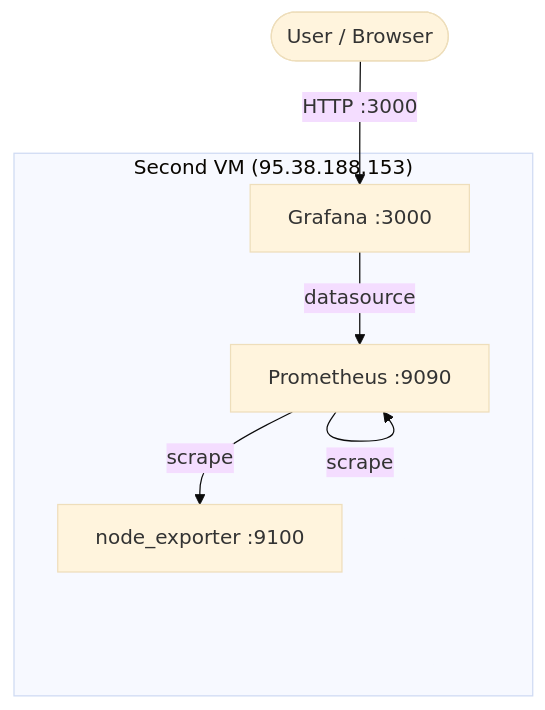
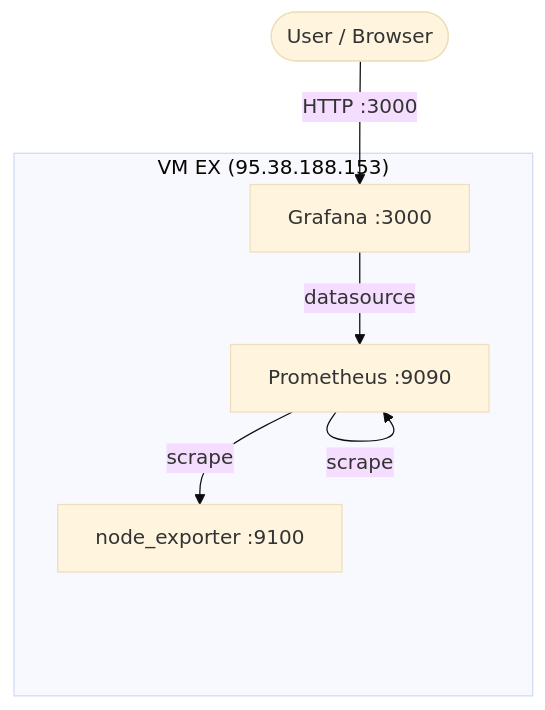
One commit to mahdi-safaeirad/exam-template changed the diagram in README.md. Above: the diagram before and after it, drawn with Mermaid (base theme).

````diff
--- a/README.md
+++ b/README.md
@@ -6,10 +6,10 @@
 ```mermaid
 flowchart TB
     User([User / Browser]) -->|HTTP :3000| GRAF[Grafana :3000]
 
-    subgraph VM["Second VM (95.38.188.153)"]
+    subgraph VM[" VM EX (95.38.188.153)"]
         GRAF -->|datasource| PROM[Prometheus :9090]
         PROM -->|scrape| NE[node_exporter :9100]
         PROM -->|scrape| PROM
     end
 ```
````
